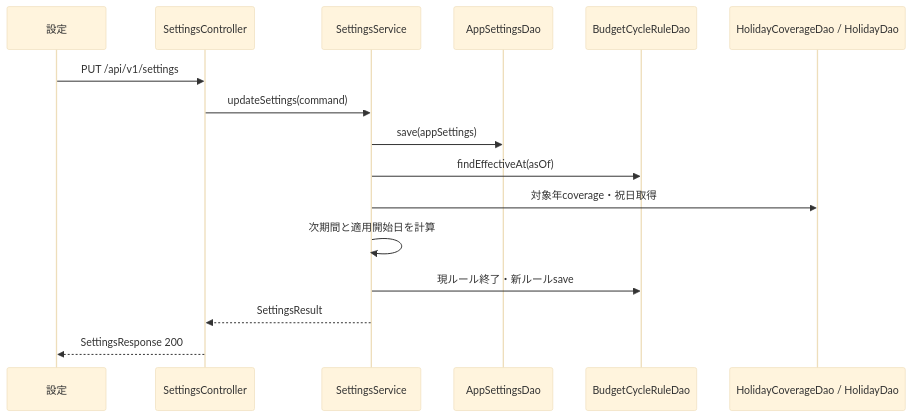
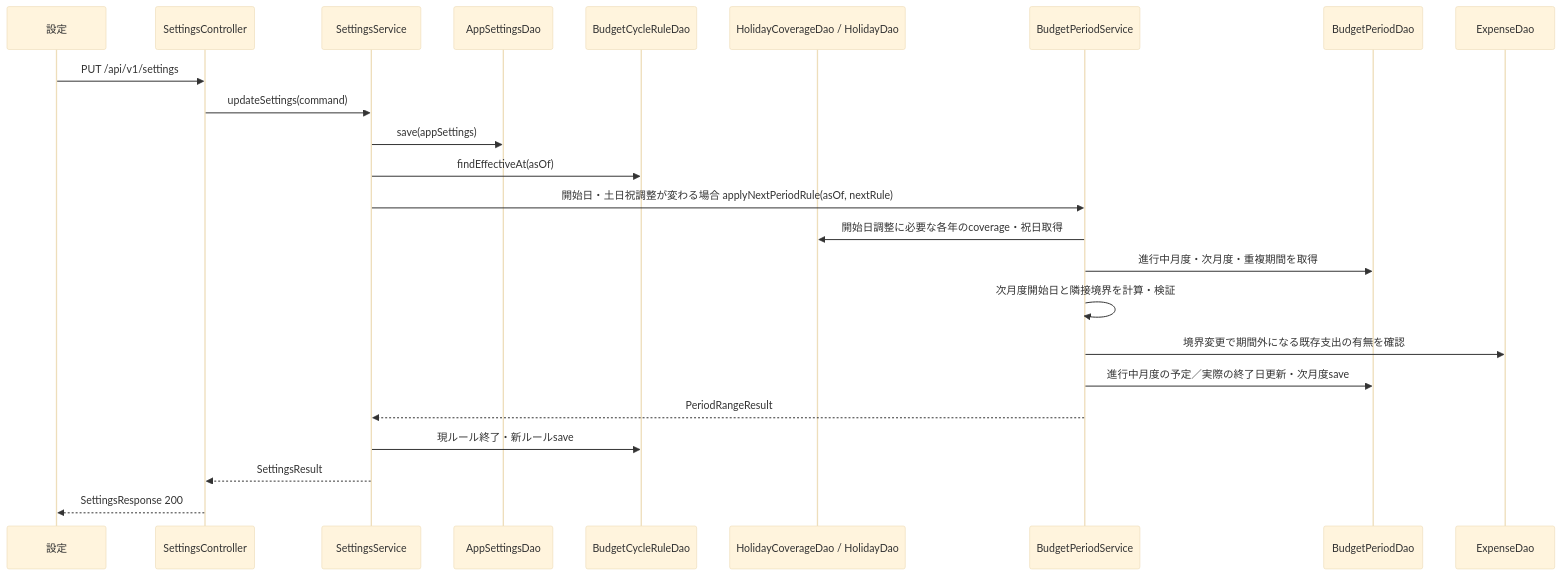
The sixth of 8 diagrams in docs/architecture/PROGRAM_FUNCTION_STRUCTURE.md (okShin0420/ZuboraKakeibo), drawn with Mermaid (base theme) before and after one commit. The commit also changed other lines of this file and 114 other files, not shown here.

Commit message:
DAO/Entity/DTO/Service/Controller/API実装完了/テスト通過

````diff
--- a/docs/architecture/PROGRAM_FUNCTION_STRUCTURE.md
+++ b/docs/architecture/PROGRAM_FUNCTION_STRUCTURE.md
@@ -272,19 +299,27 @@
 ```mermaid
 sequenceDiagram
     participant UI as 設定
     participant C as SettingsController
     participant S as SettingsService
     participant A as AppSettingsDao
     participant R as BudgetCycleRuleDao
     participant H as HolidayCoverageDao / HolidayDao
 
     UI->>C: PUT /api/v1/settings
     C->>S: updateSettings(command)
+    participant PS as BudgetPeriodService
+    participant BP as BudgetPeriodDao
+    participant E as ExpenseDao
     S->>A: save(appSettings)
     S->>R: findEffectiveAt(asOf)
-    S->>H: 対象年coverage・祝日取得
-    S->>S: 次期間と適用開始日を計算
+    S->>PS: 開始日・土日祝調整が変わる場合 applyNextPeriodRule(asOf, nextRule)
+    PS->>H: 開始日調整に必要な各年のcoverage・祝日取得
+    PS->>BP: 進行中月度・次月度・重複期間を取得
+    PS->>PS: 次月度開始日と隣接境界を計算・検証
+    PS->>E: 境界変更で期間外になる既存支出の有無を確認
+    PS->>BP: 進行中月度の予定／実際の終了日更新・次月度save
+    PS-->>S: PeriodRangeResult
     S->>R: 現ルール終了・新ルールsave
     S-->>C: SettingsResult
     C-->>UI: SettingsResponse 200
 ```
````
